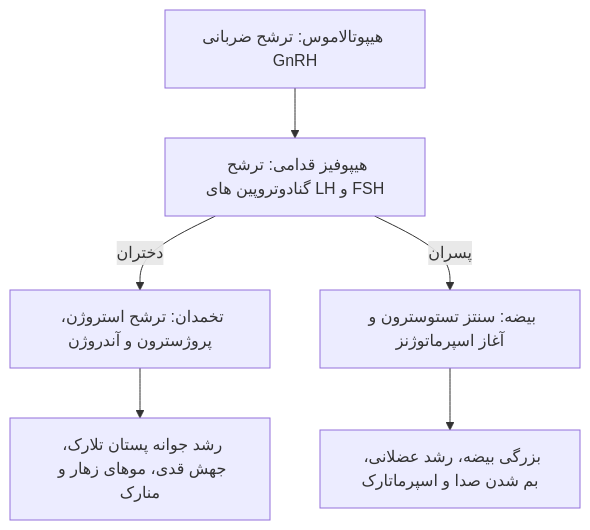
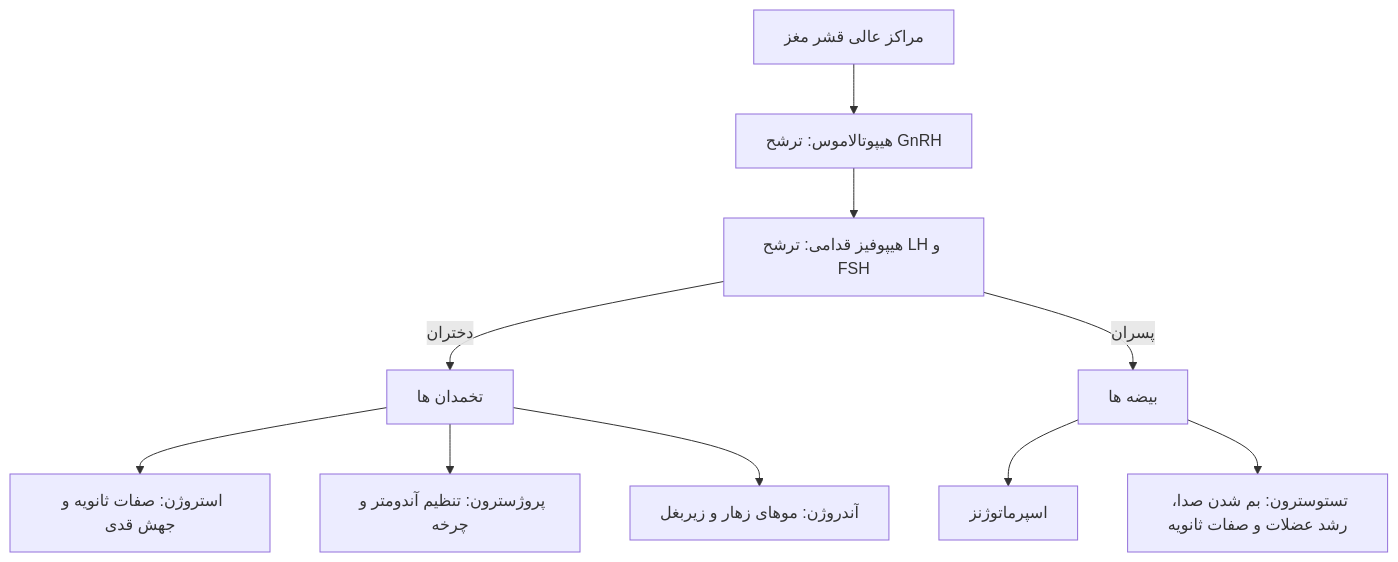
Before and after one commit to neopulse-hub/-TUMS-1402-2-material-notes-: the third of 5 diagrams in 05/بهداشت خانواده/خلاصه/خلاصه جامع.md, drawn with Mermaid. The commit also changed other lines of this file, not shown here.

````diff
--- a/05/بهداشت خانواده/خلاصه/خلاصه جامع.md
+++ b/05/بهداشت خانواده/خلاصه/خلاصه جامع.md
@@ -335,8 +182,15 @@
 ```mermaid
 flowchart TD
-    Hypo["هیپوتالاموس: ترشح ضربانی GnRH"] --> Pit["هیپوفیز قدامی: ترشح گنادوتروپین های LH و FSH"]
-    Pit -->|دختران| Ov["تخمدان: ترشح استروژن، پروژسترون و آندروژن"]
-    Pit -->|پسران| Test["بیضه: سنتز تستوسترون و آغاز اسپرماتوژنز"]
-    Ov --> F_Dev["رشد جوانه پستان تلارک، جهش قدی، موهای زهار و منارک"]
-    Test --> M_Dev["بزرگی بیضه، رشد عضلانی، بم شدن صدا و اسپرماتارک"]
+    CNS[مراکز عالی قشر مغز] --> Hypo[هیپوتالاموس: ترشح GnRH]
+    Hypo --> Pit[هیپوفیز قدامی: ترشح LH و FSH]
+    
+    Pit -->|دختران| Ovary[تخمدان ها]
+    Ovary --> Est[استروژن: صفات ثانویه و جهش قدی]
+    Ovary --> Prog[پروژسترون: تنظیم آندومتر و چرخه]
+    Ovary --> Andro[آندروژن: موهای زهار و زیربغل]
+    
+    Pit -->|پسران| Testis[بیضه ها]
+    Testis --> Sperm[اسپرماتوژنز]
+    Testis --> Testo[تستوسترون: بم شدن صدا، رشد عضلات و صفات ثانویه]
+
 ```
````
